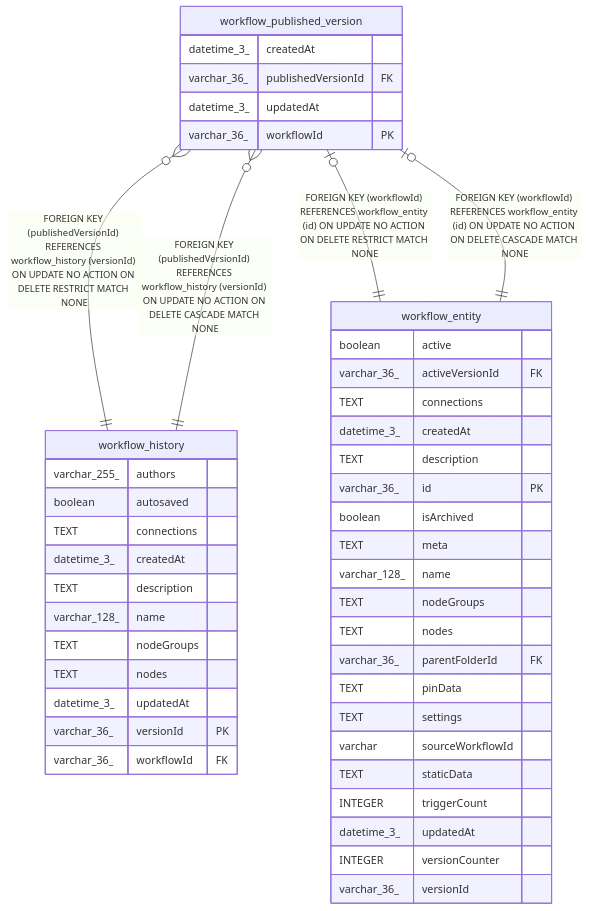
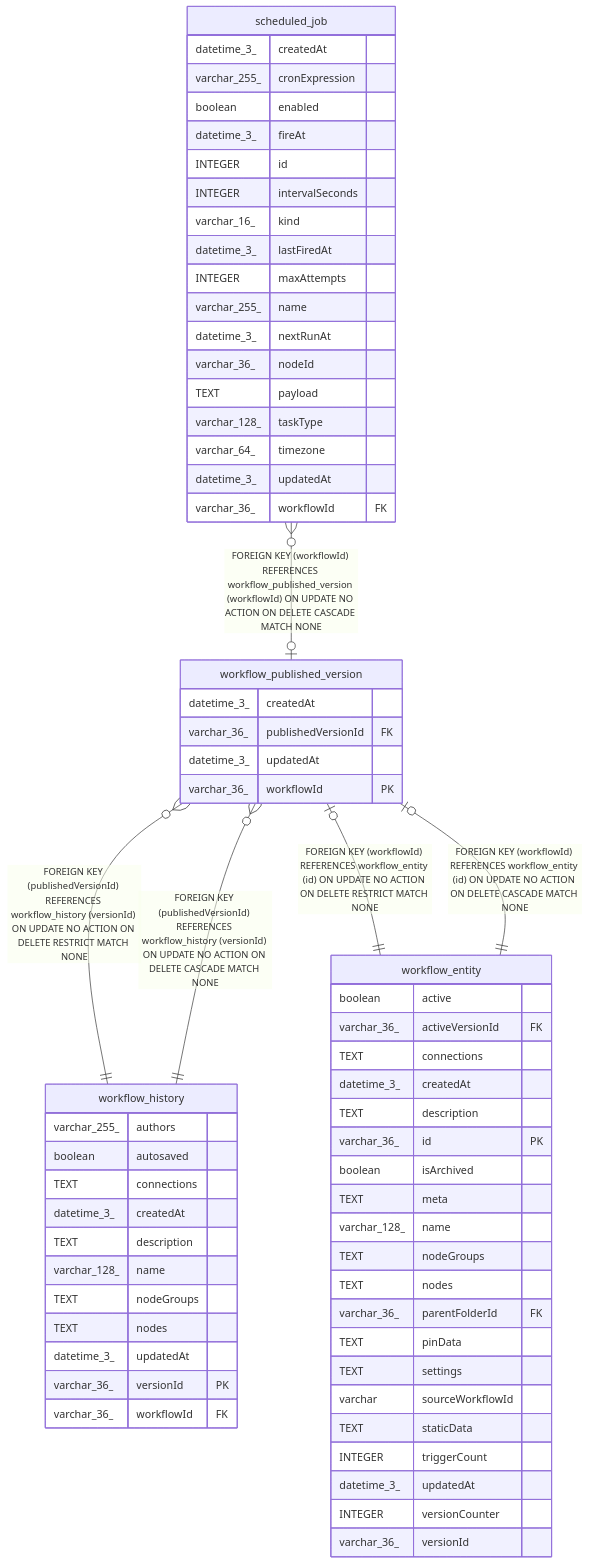
Before and after one commit to ggrace519/n8n: the diagram in docs/generated/sqlite-schema/workflow_published_version.md, drawn with Mermaid. The commit also changed other lines of this file and 17 other files, not shown here.

Commit message:
feat(core): Add durable scheduler database schema (no-changelog) (#33315)

````diff
--- a/docs/generated/sqlite-schema/workflow_published_version.md
+++ b/docs/generated/sqlite-schema/workflow_published_version.md
@@ -42,50 +42,70 @@
 ```mermaid
 erDiagram
 
 "workflow_published_version" }o--|| "workflow_history" : "FOREIGN KEY (publishedVersionId) REFERENCES workflow_history (versionId) ON UPDATE NO ACTION ON DELETE RESTRICT MATCH NONE"
 "workflow_published_version" }o--|| "workflow_history" : "FOREIGN KEY (publishedVersionId) REFERENCES workflow_history (versionId) ON UPDATE NO ACTION ON DELETE CASCADE MATCH NONE"
 "workflow_published_version" |o--|| "workflow_entity" : "FOREIGN KEY (workflowId) REFERENCES workflow_entity (id) ON UPDATE NO ACTION ON DELETE RESTRICT MATCH NONE"
 "workflow_published_version" |o--|| "workflow_entity" : "FOREIGN KEY (workflowId) REFERENCES workflow_entity (id) ON UPDATE NO ACTION ON DELETE CASCADE MATCH NONE"
+"scheduled_job" }o--o| "workflow_published_version" : "FOREIGN KEY (workflowId) REFERENCES workflow_published_version (workflowId) ON UPDATE NO ACTION ON DELETE CASCADE MATCH NONE"
 
 "workflow_published_version" {
   datetime_3_ createdAt
   varchar_36_ publishedVersionId FK
   datetime_3_ updatedAt
   varchar_36_ workflowId PK
 }
 "workflow_history" {
   varchar_255_ authors
   boolean autosaved
   TEXT connections
   datetime_3_ createdAt
   TEXT description
   varchar_128_ name
   TEXT nodeGroups
   TEXT nodes
   datetime_3_ updatedAt
   varchar_36_ versionId PK
   varchar_36_ workflowId FK
 }
 "workflow_entity" {
   boolean active
   varchar_36_ activeVersionId FK
   TEXT connections
   datetime_3_ createdAt
   TEXT description
   varchar_36_ id PK
   boolean isArchived
   TEXT meta
   varchar_128_ name
   TEXT nodeGroups
   TEXT nodes
   varchar_36_ parentFolderId FK
   TEXT pinData
   TEXT settings
   varchar sourceWorkflowId
   TEXT staticData
   INTEGER triggerCount
   datetime_3_ updatedAt
   INTEGER versionCounter
   varchar_36_ versionId
 }
+"scheduled_job" {
+  datetime_3_ createdAt
+  varchar_255_ cronExpression
+  boolean enabled
+  datetime_3_ fireAt
+  INTEGER id
+  INTEGER intervalSeconds
+  varchar_16_ kind
+  datetime_3_ lastFiredAt
+  INTEGER maxAttempts
+  varchar_255_ name
+  datetime_3_ nextRunAt
+  varchar_36_ nodeId
+  TEXT payload
+  varchar_128_ taskType
+  varchar_64_ timezone
+  datetime_3_ updatedAt
+  varchar_36_ workflowId FK
+}
 ```
````
